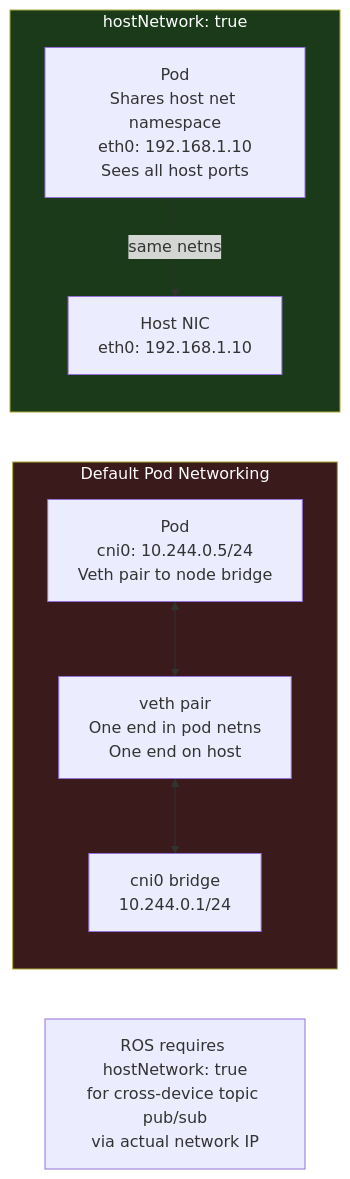
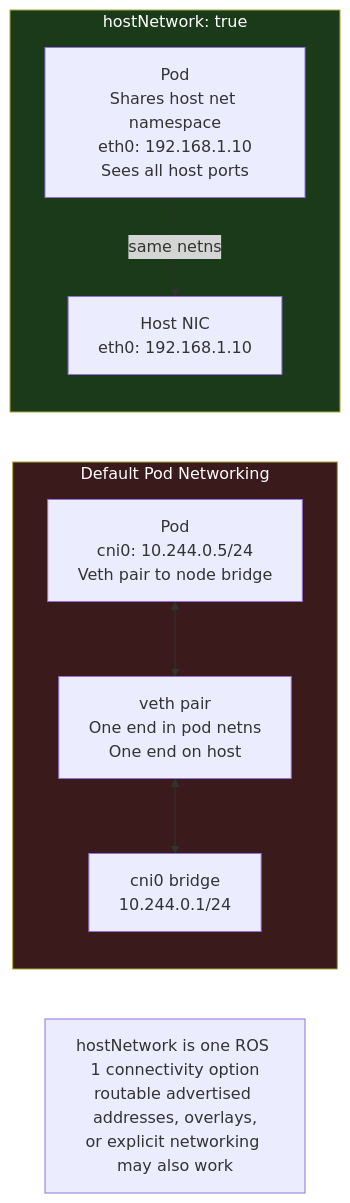
One commit to choisimo/document changed the seventh of 17 diagrams in content/docs/books/devops/edge-computing-container-architectures.md. Above: the diagram before and after it, drawn with Mermaid. The commit also changed other lines of this file and 504 other files, not shown here.

````diff
--- a/content/docs/books/devops/edge-computing-container-architectures.md
+++ b/content/docs/books/devops/edge-computing-container-architectures.md
@@ -185,17 +187,17 @@
 ```mermaid
 flowchart LR
     subgraph DEFAULT_POD["Default Pod Networking"]
         POD["Pod\ncni0: 10.244.0.5/24\nVeth pair to node bridge"]
         CNI_BRIDGE["cni0 bridge\n10.244.0.1/24"]
         VETH["veth pair\nOne end in pod netns\nOne end on host"]
         POD <--> VETH <--> CNI_BRIDGE
     end
     subgraph HOST_NET_POD["hostNetwork: true"]
         POD2["Pod\nShares host net namespace\neth0: 192.168.1.10\nSees all host ports"]
         HOST_NIC["Host NIC\neth0: 192.168.1.10"]
         POD2 -.->|"same netns"| HOST_NIC
     end
-    NOTE["ROS requires hostNetwork: true\nfor cross-device topic pub/sub\nvia actual network IP"]
+    NOTE["hostNetwork is one ROS 1 connectivity option\nroutable advertised addresses, overlays,\nor explicit networking may also work"]
     style DEFAULT_POD fill:#3a1a1a,color:#fff
     style HOST_NET_POD fill:#1a3a1a,color:#fff
 ```
````
